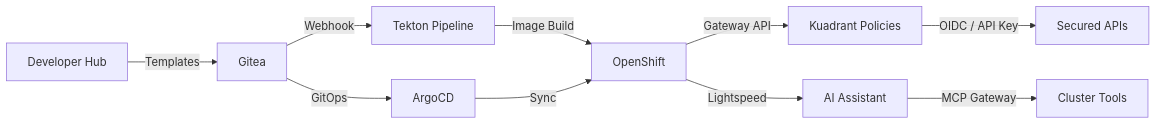
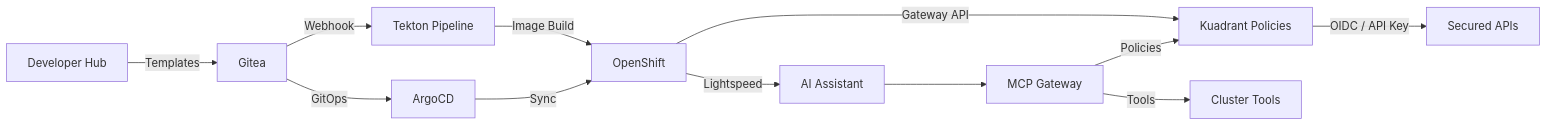
The diagram in examples/helm/components/showroom/files/index-es.adoc (panchoraposo/test-drive-pe), drawn with Mermaid before and after one commit. The commit also changed 3 other files, not shown here.

First line of the commit message:
fix(testdrive): link MCP gateway to Kuadrant and set 50-user scale

```diff
--- a/examples/helm/components/showroom/files/index-es.adoc
+++ b/examples/helm/components/showroom/files/index-es.adoc
@@ -85,13 +85,15 @@
 [mermaid]
 ....
 graph LR
     A[Developer Hub] -->|Templates| B[Gitea]
     B -->|Webhook| C[Tekton Pipeline]
     C -->|Image Build| D[OpenShift]
     B -->|GitOps| E[ArgoCD]
     E -->|Sync| D
     D -->|Gateway API| F[Kuadrant Policies]
     F -->|OIDC / API Key| G[Secured APIs]
     D -->|Lightspeed| H[AI Assistant]
-    H -->|MCP Gateway| I[Cluster Tools]
+    H --> M[MCP Gateway]
+    M -->|Tools| I[Cluster Tools]
+    M -->|Policies| F
 ....
```
